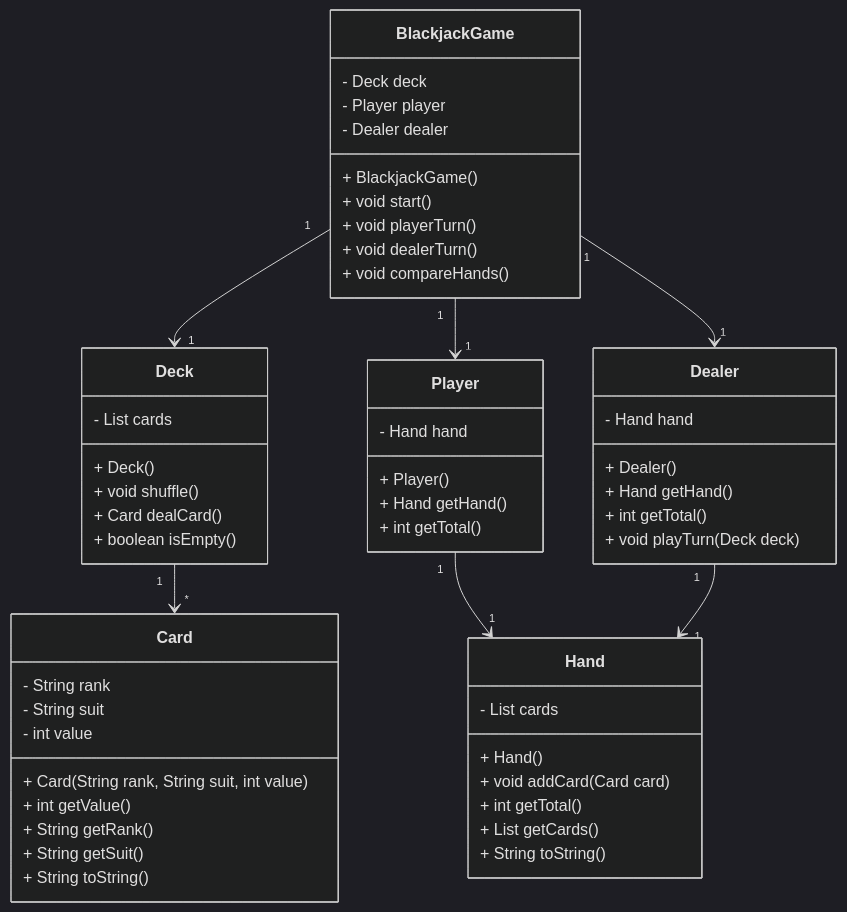
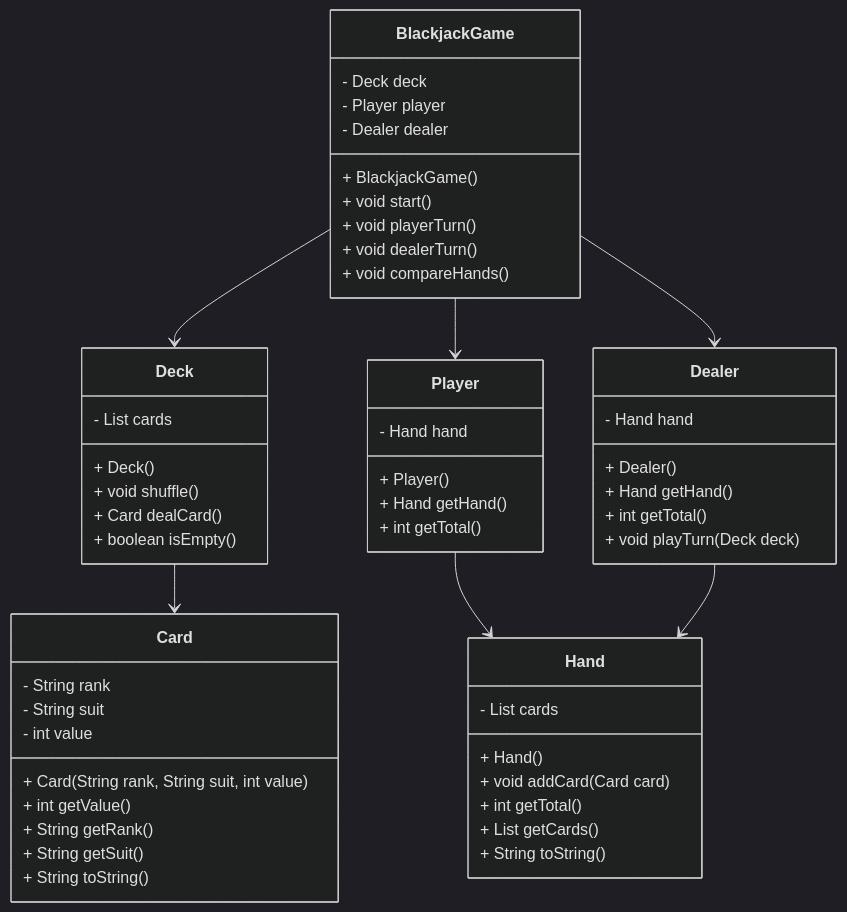
The diagram in README.md (jakealieberman/CS121_Final_Project), drawn with Mermaid (dark theme) before and after one commit.

````diff
--- a/README.md
+++ b/README.md
@@ -4,64 +4,64 @@
 ```mermaid
 classDiagram
 
 class Card {
     - String rank
     - String suit
     - int value
     + Card(String rank, String suit, int value)
     + int getValue()
     + String getRank()
     + String getSuit()
     + String toString()
 }
 
 class Deck {
     - List<Card> cards
     + Deck()
     + void shuffle()
     + Card dealCard()
     + boolean isEmpty()
 }
 
 class Hand {
     - List<Card> cards
     + Hand()
     + void addCard(Card card)
     + int getTotal()
     + List<Card> getCards()
     + String toString()
 }
 
 class Player {
     - Hand hand
     + Player()
     + Hand getHand()
     + int getTotal()
 }
 
 class Dealer {
     - Hand hand
     + Dealer()
     + Hand getHand()
     + int getTotal()
     + void playTurn(Deck deck)
 }
 
 class BlackjackGame {
     - Deck deck
     - Player player
     - Dealer dealer
     + BlackjackGame()
     + void start()
     + void playerTurn()
     + void dealerTurn()
     + void compareHands()
 }
 
-Deck "1" --> "*" Card
-Player "1" --> "1" Hand
-Dealer "1" --> "1" Hand
-BlackjackGame "1" --> "1" Deck
-BlackjackGame "1" --> "1" Player
-BlackjackGame "1" --> "1" Dealer
+Deck --> Card
+Player --> Hand
+Dealer --> Hand
+BlackjackGame --> Deck
+BlackjackGame --> Player
+BlackjackGame --> Dealer
 ```
````
